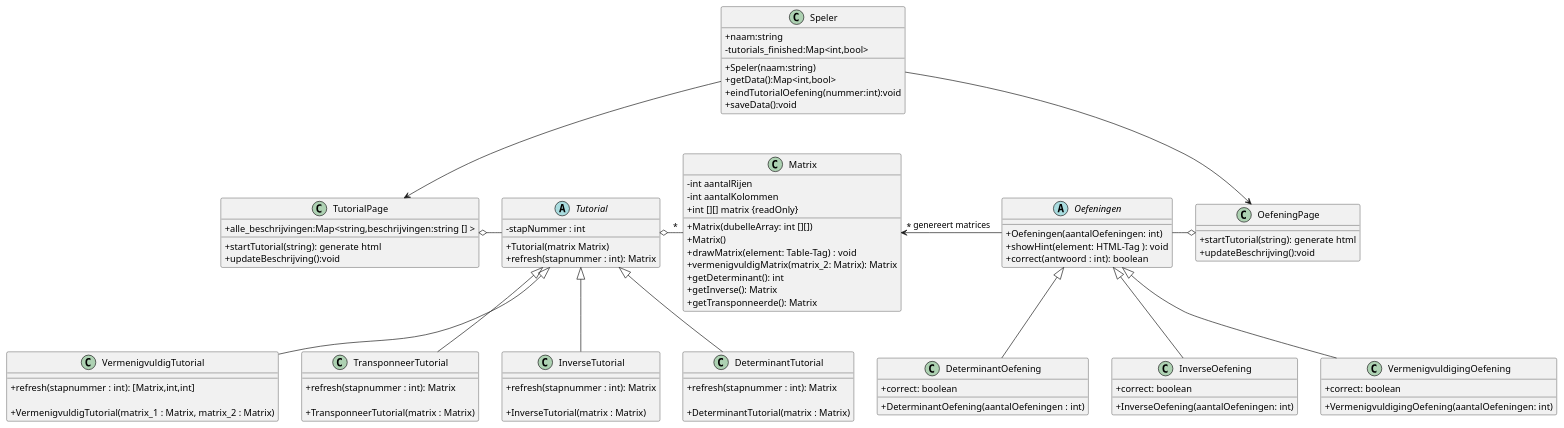
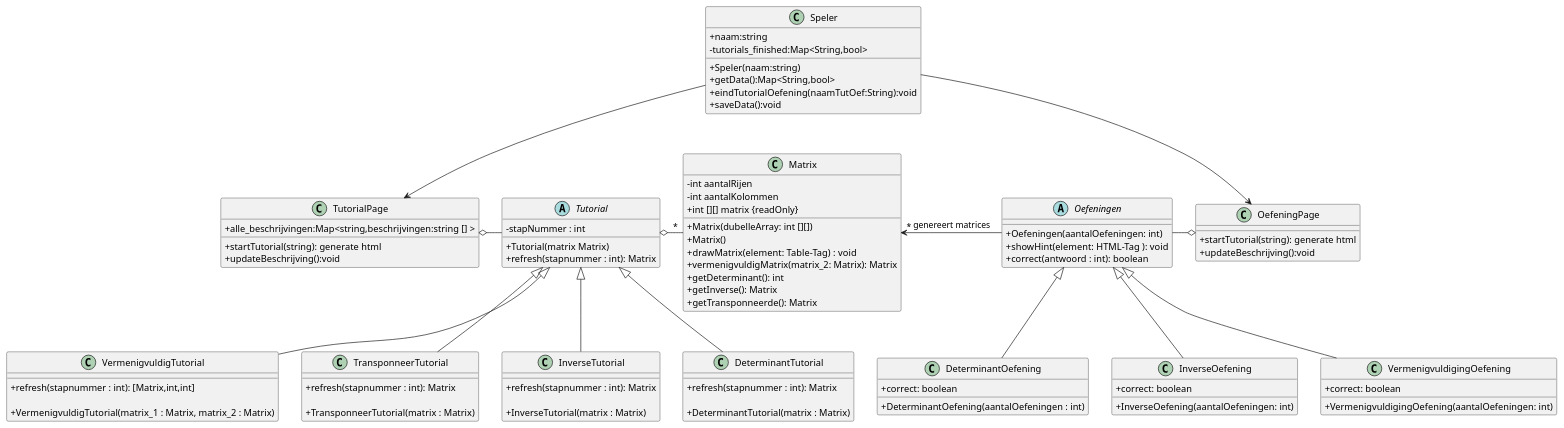
Before and after one commit to rtalwar2/WELCOME-TO-THE-MATRIX: the diagram in Analyse/Klassendiagram.plantuml, drawn with PlantUML. The commit also changed 3 other files, not shown here.

```diff
--- a/Analyse/Klassendiagram.plantuml
+++ b/Analyse/Klassendiagram.plantuml
@@ -4,116 +4,116 @@
 @startuml Matrix_Project
 skinparam ClassAttributeIconSize 0 
 
 
 Class Matrix{
 - int aantalRijen
 - int aantalKolommen 
 + int [][] matrix {readOnly}
 
 
 + Matrix(dubelleArray: int [][])
 + Matrix()
 + drawMatrix(element: Table-Tag) : void
 + vermenigvuldigMatrix(matrix_2: Matrix): Matrix
 + getDeterminant(): int
 + getInverse(): Matrix
 + getTransponneerde(): Matrix
 
 }
 class TutorialPage{
     + alle_beschrijvingen:Map<string,beschrijvingen:string [] >
     + startTutorial(string): generate html
     + updateBeschrijving():void
 
 }
 class OefeningPage{
     + startTutorial(string): generate html
     + updateBeschrijving():void
 }
 
 abstract Class Tutorial{
 - stapNummer : int
 + Tutorial(matrix Matrix)
 + refresh(stapnummer : int): Matrix
 
 } 
 
 
 Class VermenigvuldigTutorial{
 + refresh(stapnummer : int): [Matrix,int,int]
 
 + VermenigvuldigTutorial(matrix_1 : Matrix, matrix_2 : Matrix)
 
 }
 
 Class TransponneerTutorial{
 + refresh(stapnummer : int): Matrix
 
 + TransponneerTutorial(matrix : Matrix)
 }
 
 Class InverseTutorial{
     + refresh(stapnummer : int): Matrix
 
 + InverseTutorial(matrix : Matrix)
 }
 
 Class DeterminantTutorial{
     + refresh(stapnummer : int): Matrix
 
 + DeterminantTutorial(matrix : Matrix)
 }
 
 
 abstract Class Oefeningen{
     ' - Matrix[] OefeningenReeks
 
 
     + Oefeningen(aantalOefeningen: int)    
     + showHint(element: HTML-Tag ): void
     + correct(antwoord : int): boolean
     
 }
 
 Class VermenigvuldigingOefening{
     +VermenigvuldigingOefening(aantalOefeningen: int)
     +correct: boolean
 }
 
 Class DeterminantOefening{
     +DeterminantOefening(aantalOefeningen : int)
     +correct: boolean 
 }
 Class InverseOefening{
     +InverseOefening(aantalOefeningen: int)
     +correct: boolean
 }
 class Speler{
     +naam:string
-    -tutorials_finished:Map<int,bool>
+    -tutorials_finished:Map<String,bool>
     +Speler(naam:string)
-    +getData():Map<int,bool>
-    +eindTutorialOefening(nummer:int):void
+    +getData():Map<String,bool>
+    +eindTutorialOefening(naamTutOef:String):void
     +saveData():void
 }
 
 
 
 Oefeningen <|-- VermenigvuldigingOefening
 Oefeningen <|-- DeterminantOefening
 Oefeningen <|-- InverseOefening
 
 Matrix "*" <- Oefeningen  :genereert matrices
 Tutorial o- "*" Matrix
 
 TutorialPage  o- Tutorial
 Oefeningen -o OefeningPage
 
 Tutorial <|-- VermenigvuldigTutorial
 Tutorial <|-- DeterminantTutorial
 Tutorial <|-- InverseTutorial
 Tutorial <|-- TransponneerTutorial
 
 Speler --> TutorialPage
 Speler --> OefeningPage
 @enduml
```
